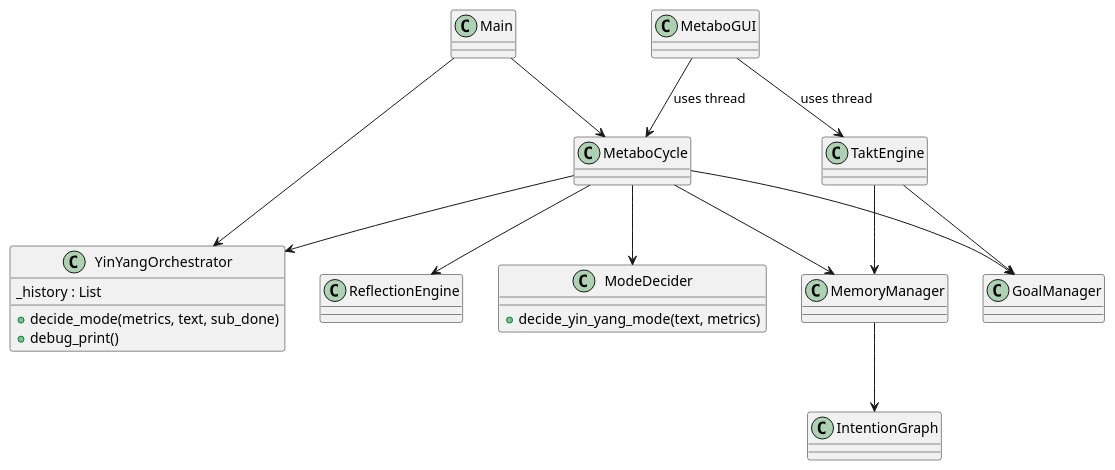
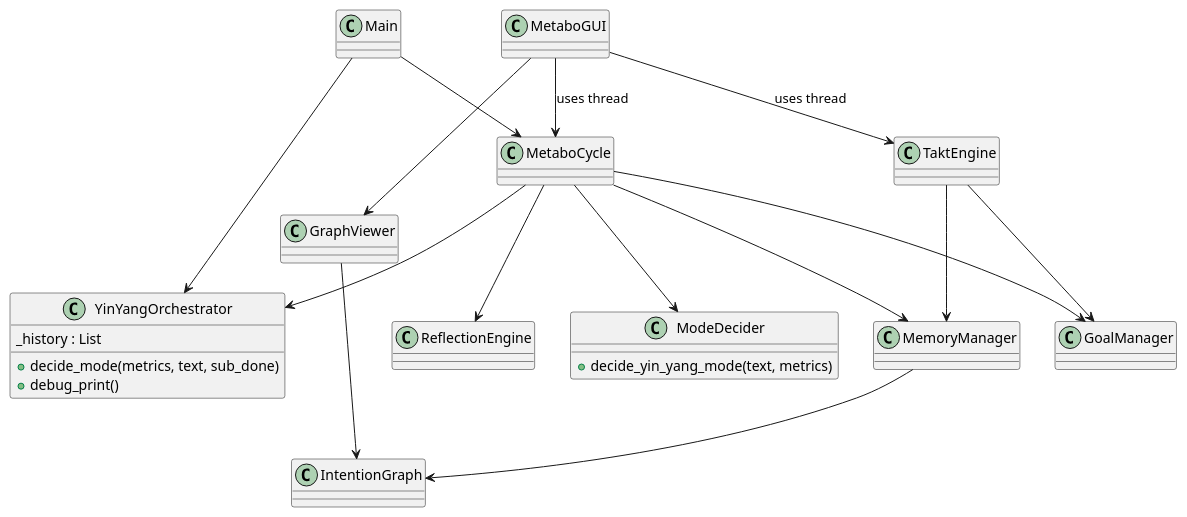
The diagram in doc/diagrams/class_diagram.puml (marcusreimold/MetaboMind), drawn with PlantUML before and after one commit. The commit also changed 4 other files, not shown here.

Commit message:
Add interactive graph viewer (#64)

```diff
--- a/doc/diagrams/class_diagram.puml
+++ b/doc/diagrams/class_diagram.puml
@@ -1,28 +1,31 @@
 @startuml
 class Main
 class MetaboCycle
 class GoalManager
 class MemoryManager
 class IntentionGraph
 class ReflectionEngine
 class TaktEngine
 class YinYangOrchestrator
 class ModeDecider
 class MetaboGUI
+class GraphViewer
 YinYangOrchestrator : +decide_mode(metrics, text, sub_done)
 YinYangOrchestrator : +debug_print()
 YinYangOrchestrator : _history : List
 ModeDecider : +decide_yin_yang_mode(text, metrics)
 Main --> MetaboCycle
 MetaboCycle --> GoalManager
 MetaboCycle --> MemoryManager
 MetaboCycle --> ReflectionEngine
 MetaboCycle --> YinYangOrchestrator
 MetaboCycle --> ModeDecider
 MemoryManager --> IntentionGraph
 TaktEngine --> MemoryManager
 TaktEngine --> GoalManager
 Main --> YinYangOrchestrator
 MetaboGUI --> MetaboCycle : uses thread
 MetaboGUI --> TaktEngine : uses thread
+MetaboGUI --> GraphViewer
+GraphViewer --> IntentionGraph
 @enduml
```
